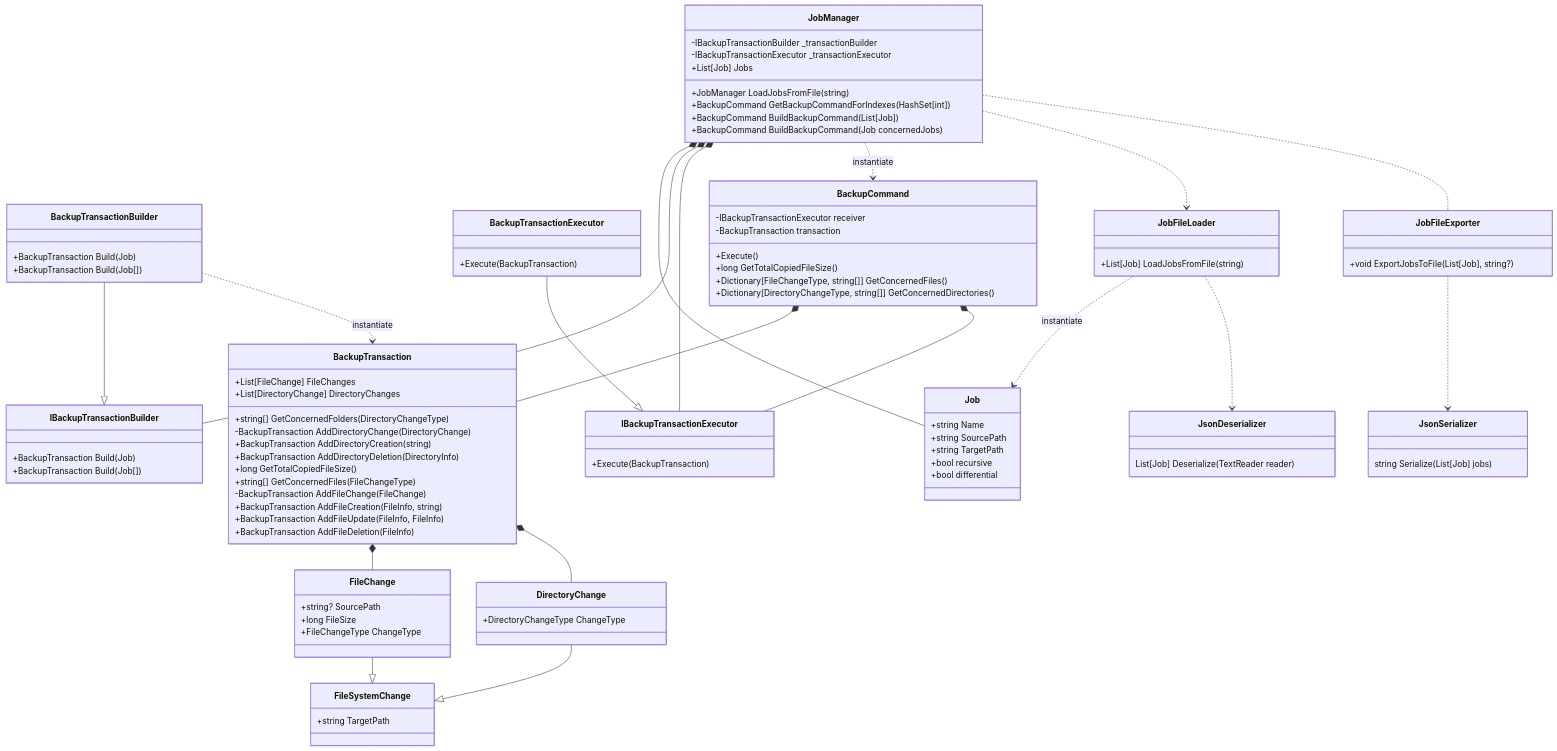
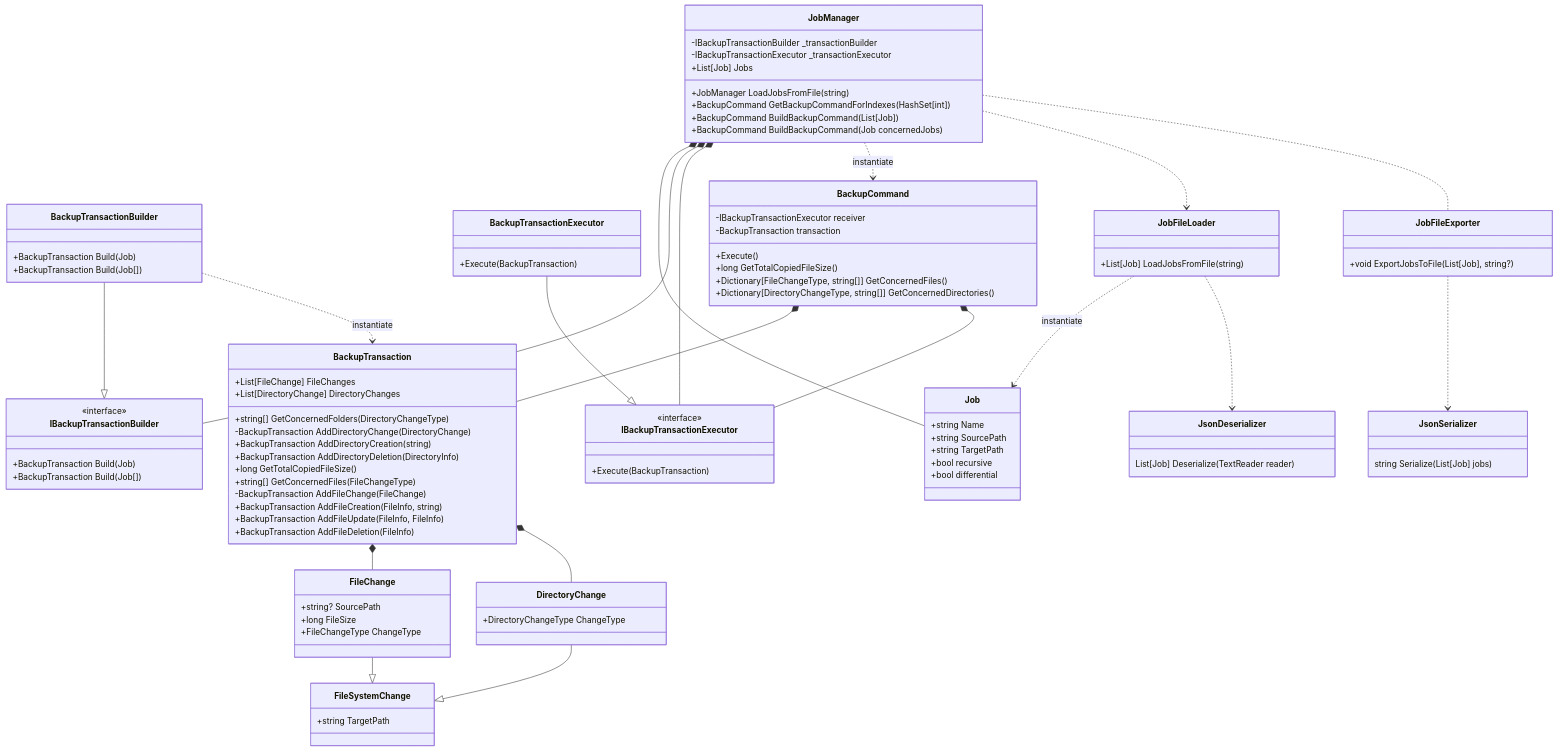
Before and after one commit to kellianb/FISE_A3_SE_BECHTEL: the fourth of 4 diagrams in README.md, drawn with Mermaid. The commit also changed 4 other files, not shown here.

```diff
--- a/README.md
+++ b/README.md
@@ -166,6 +166,7 @@
 }
 
 class IBackupTransactionBuilder {
+    <<interface>>
     +BackupTransaction Build(Job)
     +BackupTransaction Build(Job[])
 }
@@ -186,6 +187,7 @@
 }
 
 class IBackupTransactionExecutor {
+    <<interface>>
     +Execute(BackupTransaction)
 }
 
@@ -233,7 +235,7 @@
 BackupCommand *-- BackupTransaction
 BackupCommand *-- IBackupTransactionExecutor
 
-JobManager ..> BackupCommand : instantiate
+JobManager ..> BackupCommand : instantiate 
 
 JobManager ..> JobFileLoader
 
```
